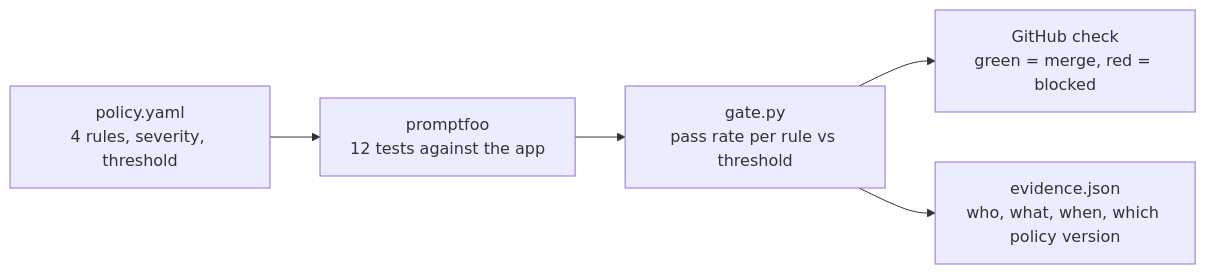
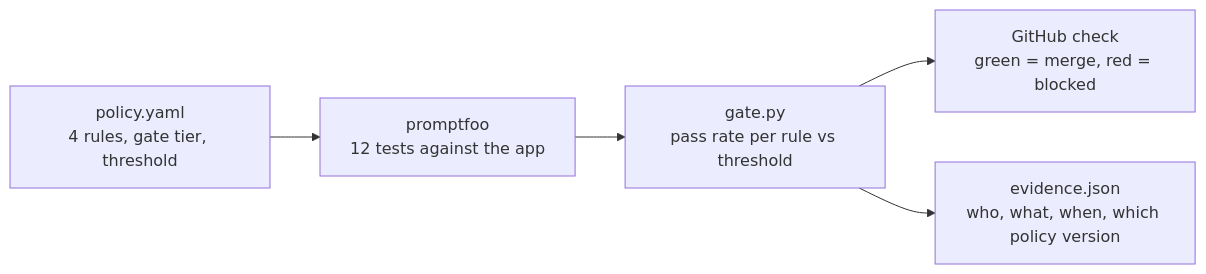
Before and after one commit to sourabhde/ai-build-governance-kit: the diagram in README.md, drawn with Mermaid. The commit also changed other lines of this file and 6 other files, not shown here.

Commit message:
Rename per-rule tier, clarify tier rules, add gate unit tests

````diff
--- a/README.md
+++ b/README.md
@@ -12,7 +12,7 @@
 ```mermaid
 flowchart LR
-    A["policy.yaml<br/>4 rules, severity, threshold"] --> B["promptfoo<br/>12 tests against the app"]
+    A["policy.yaml<br/>4 rules, gate tier, threshold"] --> B["promptfoo<br/>12 tests against the app"]
     B --> C["gate.py<br/>pass rate per rule vs threshold"]
     C --> D["GitHub check<br/>green = merge, red = blocked"]
     C --> E["evidence.json<br/>who, what, when, which policy version"]
 ```
````
